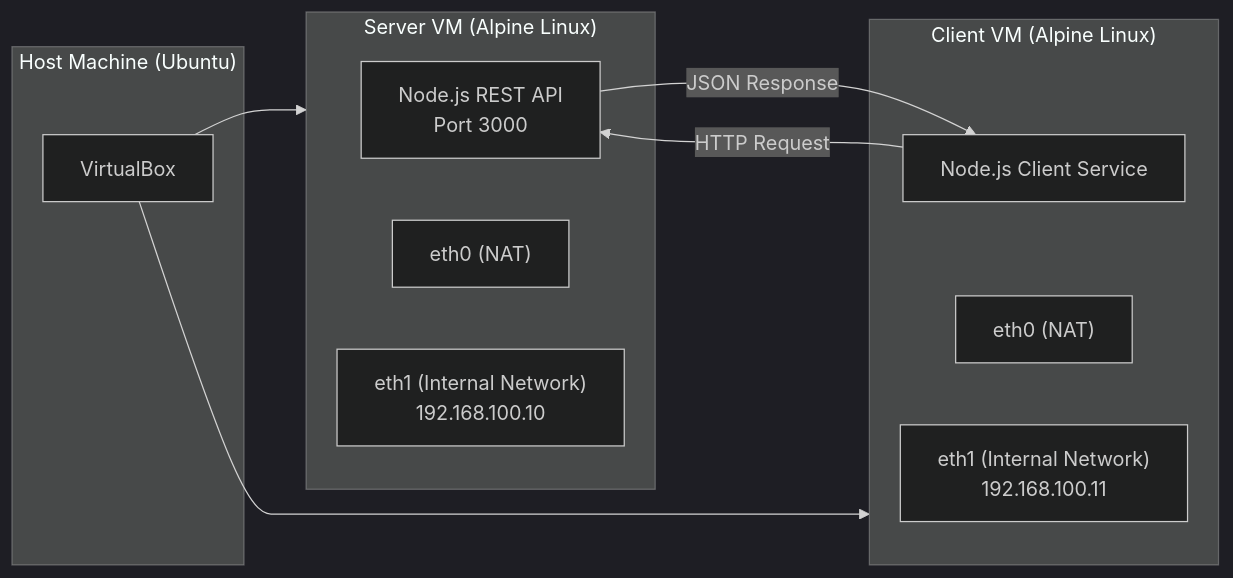
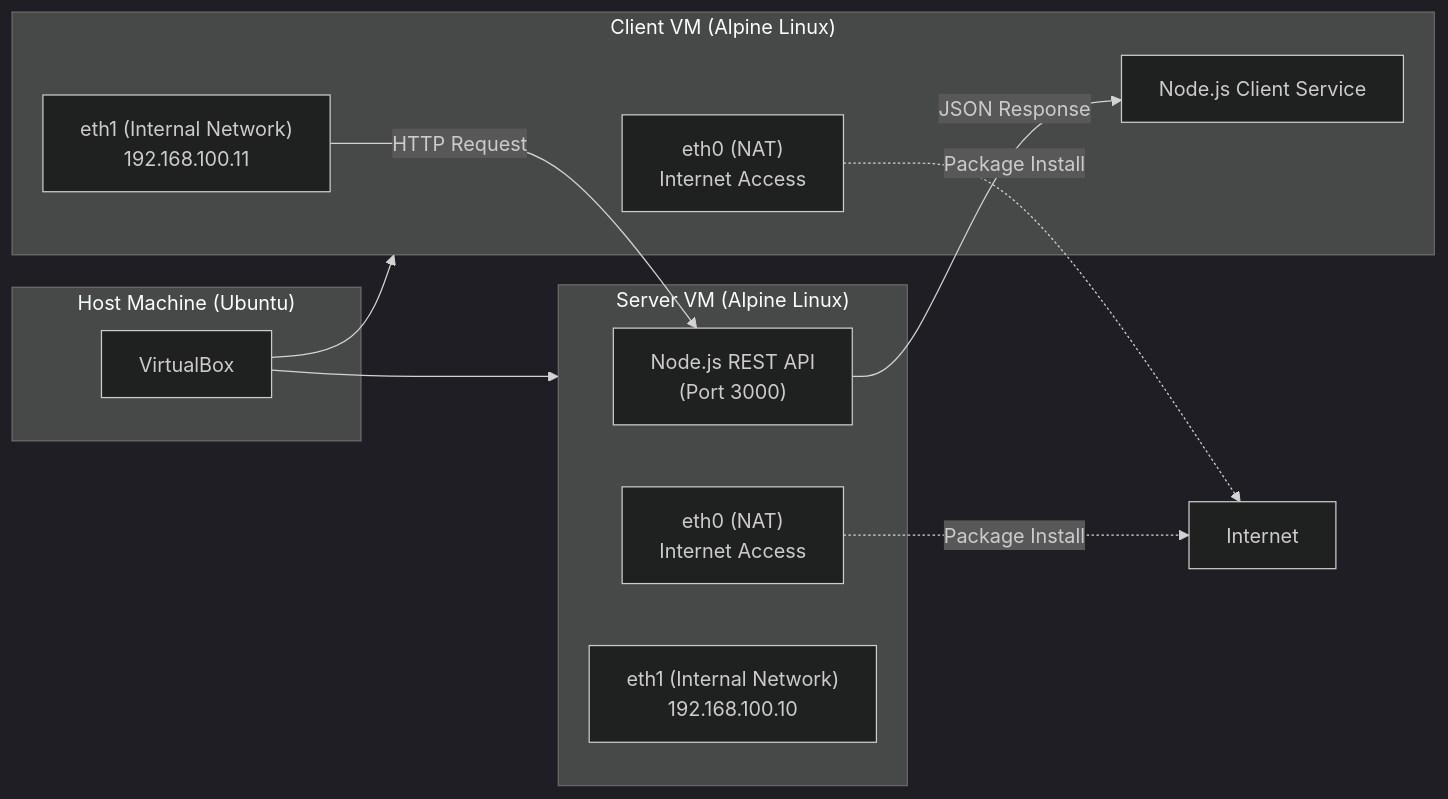
One commit to lakshyajain-0291/vm-microservice-alpine changed the diagram in README.md. Above: the diagram before and after it, drawn with Mermaid (dark theme).

Commit message:
Improve README network diagram clarity
Updated network diagram labels and connections in README.

````diff
--- a/README.md
+++ b/README.md
@@ -41,24 +41,27 @@
 ```mermaid
 flowchart LR
     subgraph Host["Host Machine (Ubuntu)"]
         VB[VirtualBox]
     end
 
     subgraph ServerVM["Server VM (Alpine Linux)"]
-        API["Node.js REST API\nPort 3000"]
-        ETH0S["eth0 (NAT)"]
+        API["Node.js REST API\n(Port 3000)"]
+        ETH0S["eth0 (NAT)\nInternet Access"]
         ETH1S["eth1 (Internal Network)\n192.168.100.10"]
     end
 
     subgraph ClientVM["Client VM (Alpine Linux)"]
         CLIENT["Node.js Client Service"]
-        ETH0C["eth0 (NAT)"]
+        ETH0C["eth0 (NAT)\nInternet Access"]
         ETH1C["eth1 (Internal Network)\n192.168.100.11"]
     end
 
     VB --> ServerVM
     VB --> ClientVM
 
-    CLIENT -->|HTTP Request| API
+    ETH1C -->|HTTP Request| API
     API -->|JSON Response| CLIENT
+
+    ETH0S -.->|Package Install| Internet
+    ETH0C -.->|Package Install| Internet
 ```
````
